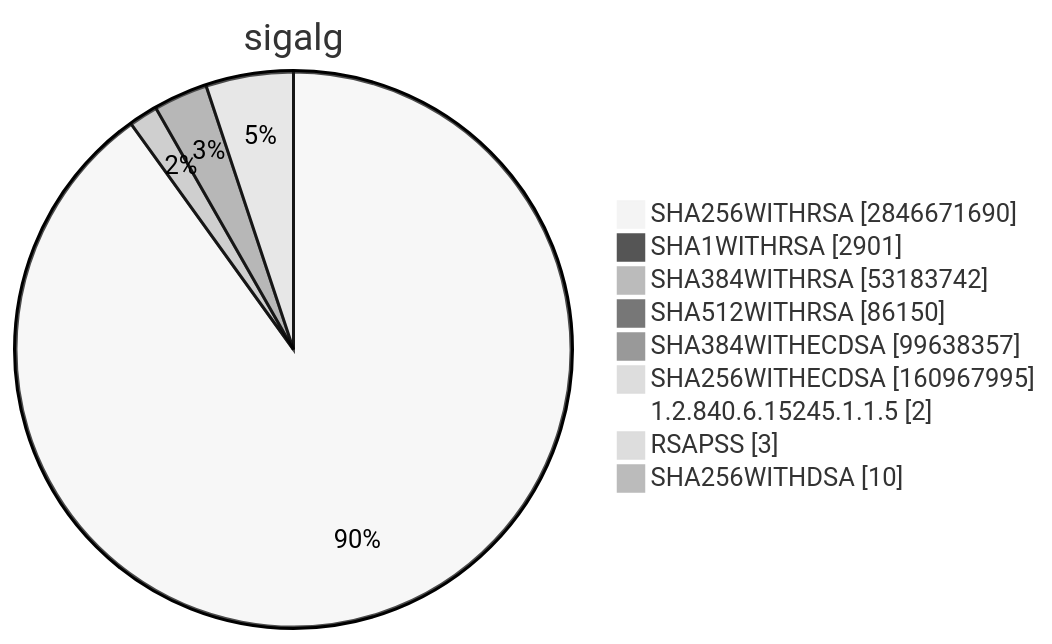
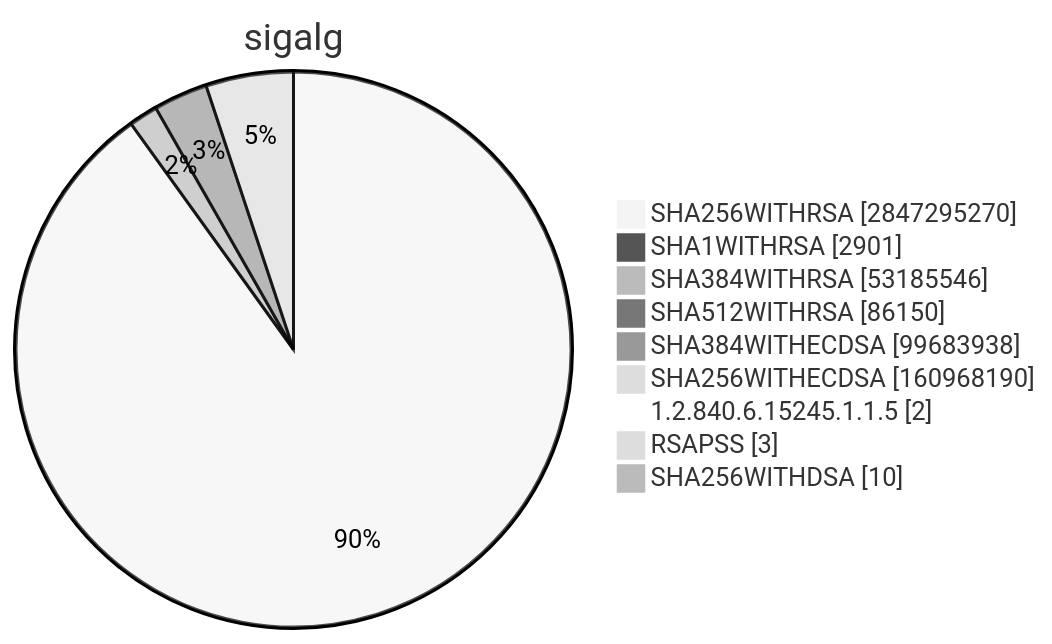
Diagram 15 of 15 in TOTAL/README.md (christiankrug/ctmonitor_visualization), drawn with Mermaid (neutral theme) before and after one commit. The commit also changed other lines of this file, not shown here.

````diff
--- a/TOTAL/README.md
+++ b/TOTAL/README.md
@@ -6207,13 +6207,13 @@
 ```mermaid
 pie showData
 title sigalg
-"SHA256WITHRSA" :2846671690
+"SHA256WITHRSA" :2847295270
 "SHA1WITHRSA" :2901
-"SHA384WITHRSA" :53183742
+"SHA384WITHRSA" :53185546
 "SHA512WITHRSA" :86150
-"SHA384WITHECDSA" :99638357
-"SHA256WITHECDSA" :160967995
+"SHA384WITHECDSA" :99683938
+"SHA256WITHECDSA" :160968190
 "1.2.840.6.15245.1.1.5" :2
 "RSAPSS" :3
 "SHA256WITHDSA" :10
 ```
````
